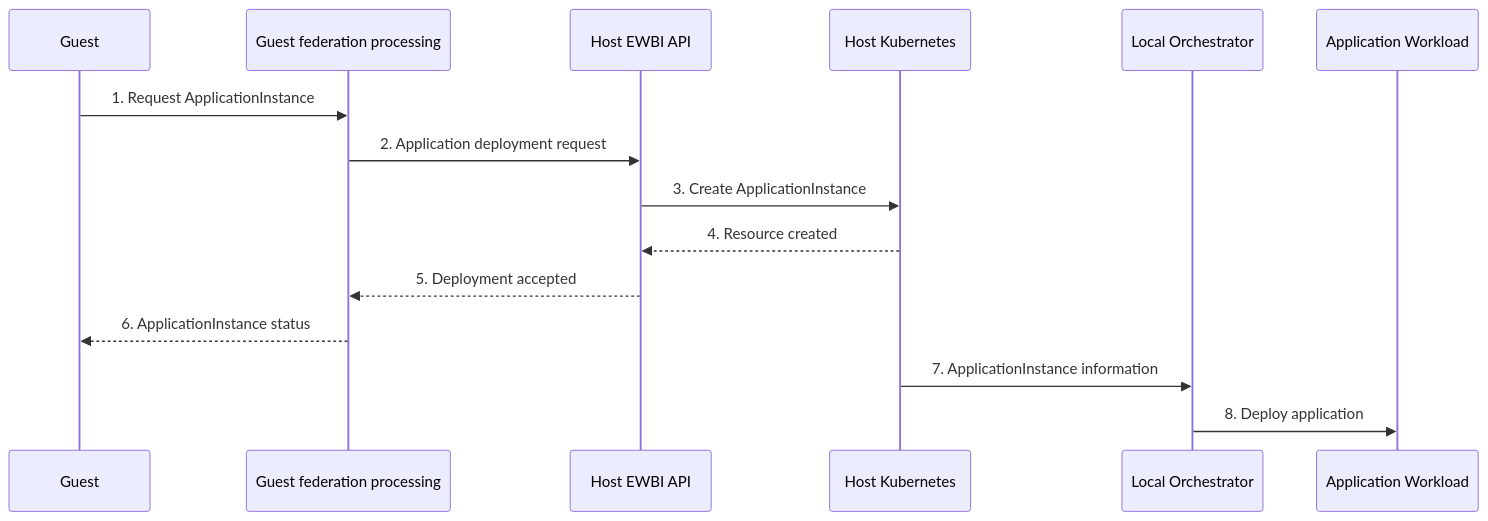
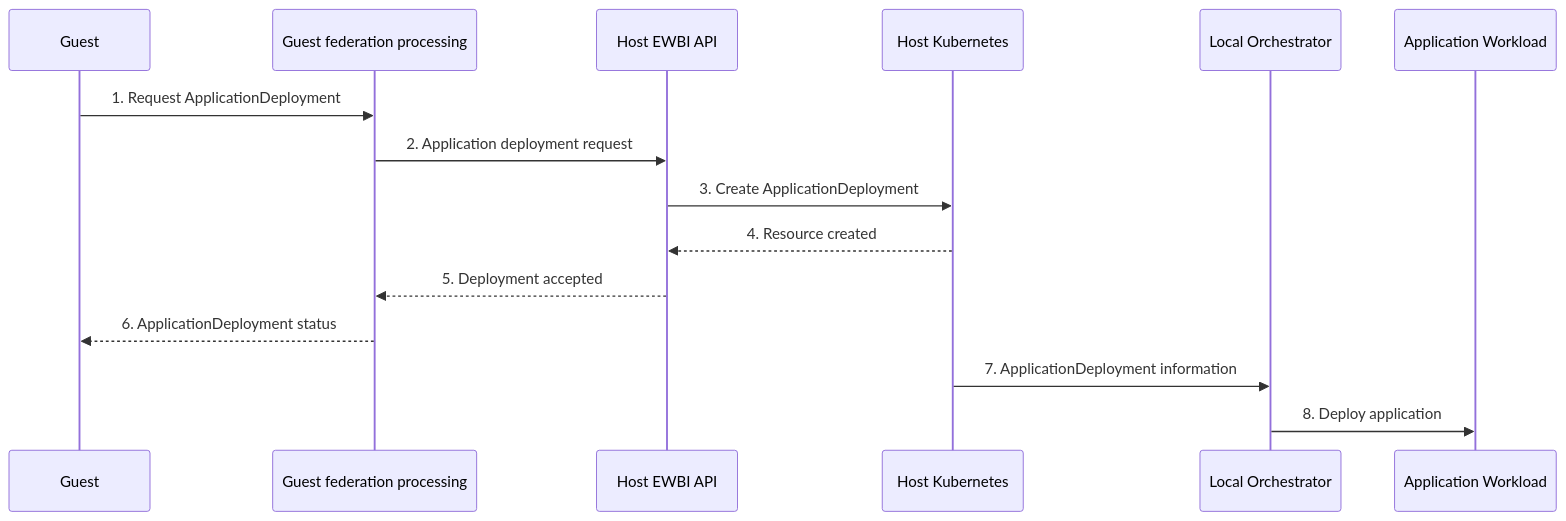
The seventh of 14 diagrams in docs/federation.md (neonephos-katalis/opg-ewbi-documentation), drawn with Mermaid before and after one commit. The commit also changed other lines of this file and 2 other files, not shown here.

````diff
--- a/docs/federation.md
+++ b/docs/federation.md
@@ -315,19 +267,19 @@
 ```mermaid
 sequenceDiagram
     participant G as Guest
     participant GA as Guest federation processing
     participant HA as Host EWBI API
     participant HK as Host Kubernetes
     participant O as Local Orchestrator
     participant W as Application Workload
 
-    G->>GA: 1. Request ApplicationInstance
+    G->>GA: 1. Request ApplicationDeployment
     GA->>HA: 2. Application deployment request
-    HA->>HK: 3. Create ApplicationInstance
+    HA->>HK: 3. Create ApplicationDeployment
     HK-->>HA: 4. Resource created
     HA-->>GA: 5. Deployment accepted
-    GA-->>G: 6. ApplicationInstance status
+    GA-->>G: 6. ApplicationDeployment status
 
-    HK->>O: 7. ApplicationInstance information
+    HK->>O: 7. ApplicationDeployment information
     O->>W: 8. Deploy application
 ```
````
